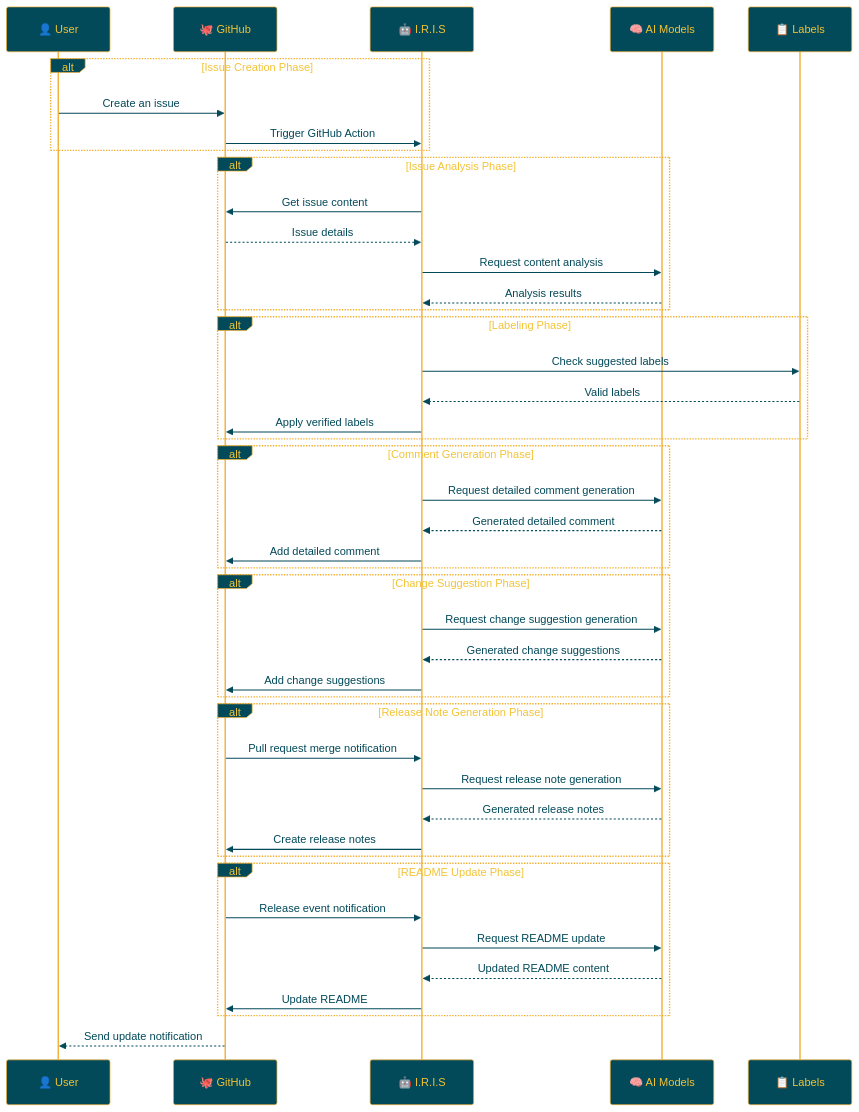
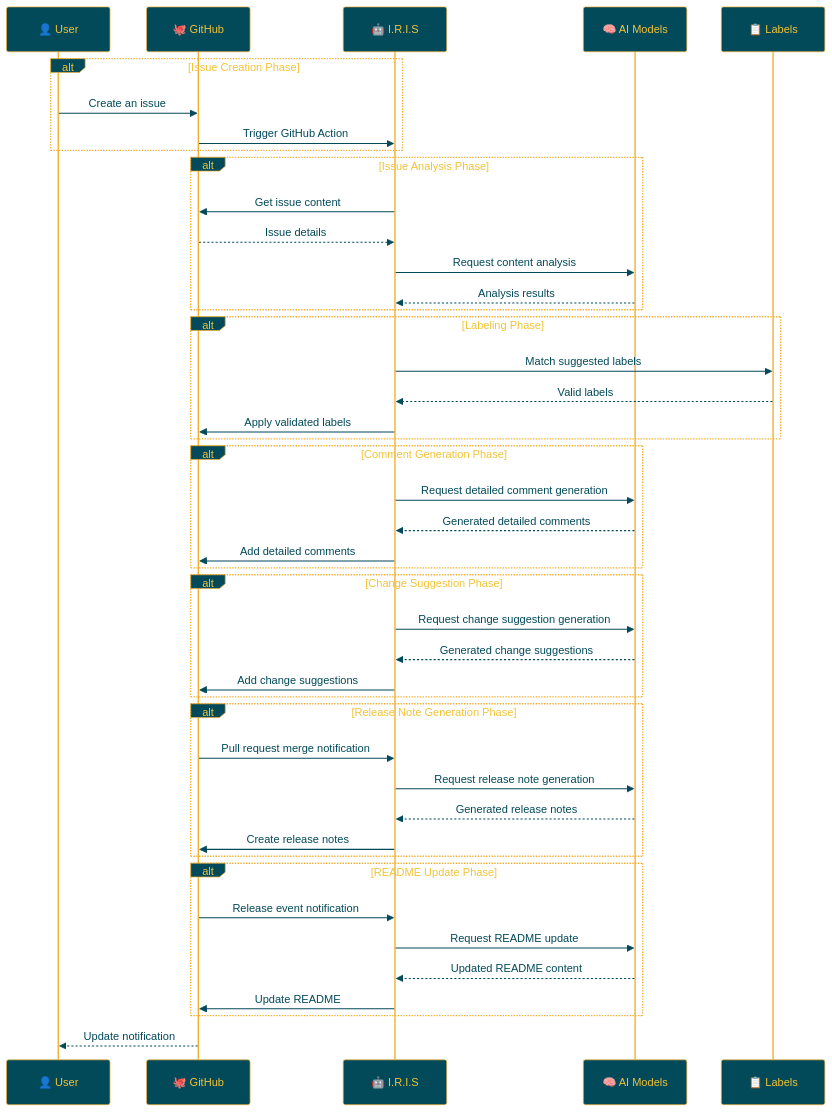
Before and after one commit to Sunwood-ai-labs/IRIS: the first of 2 diagrams in docs/README.en.md, drawn with Mermaid. The commit also changed other lines of this file, not shown here.

````diff
--- a/docs/README.en.md
+++ b/docs/README.en.md
@@ -131,56 +132,56 @@
 ```mermaid
 %%{init:{'theme':'base','themeVariables':{'primaryColor':'#024959','primaryTextColor':'#F2C335','primaryBorderColor':'#F2AE30','lineColor':'#A1A2A6','secondaryColor':'#593E25','tertiaryColor':'#F2C335','noteTextColor':'#024959','noteBkgColor':'#F2C335','textColor':'#024959','fontSize':'18px'}}}%%
 
 sequenceDiagram
     participant User as 👤 User
     participant GitHub as 🐙 GitHub
     participant IRIS as 🤖 I.R.I.S
     participant AI as 🧠 AI Models
     participant Labels as 📋 Labels
 
     alt Issue Creation Phase
         User->>GitHub: Create an issue
         GitHub->>IRIS: Trigger GitHub Action
     end
 
     alt Issue Analysis Phase
         IRIS->>GitHub: Get issue content
         GitHub-->>IRIS: Issue details
         IRIS->>AI: Request content analysis
         AI-->>IRIS: Analysis results
     end
 
     alt Labeling Phase
-        IRIS->>Labels: Check suggested labels
+        IRIS->>Labels: Match suggested labels
         Labels-->>IRIS: Valid labels
-        IRIS->>GitHub: Apply verified labels
+        IRIS->>GitHub: Apply validated labels
     end
 
     alt Comment Generation Phase
         IRIS->>AI: Request detailed comment generation
-        AI-->>IRIS: Generated detailed comment
-        IRIS->>GitHub: Add detailed comment
+        AI-->>IRIS: Generated detailed comments
+        IRIS->>GitHub: Add detailed comments
     end
 
     alt Change Suggestion Phase
         IRIS->>AI: Request change suggestion generation
         AI-->>IRIS: Generated change suggestions
         IRIS->>GitHub: Add change suggestions
     end
 
     alt Release Note Generation Phase
         GitHub->>IRIS: Pull request merge notification
         IRIS->>AI: Request release note generation
         AI-->>IRIS: Generated release notes
         IRIS->>GitHub: Create release notes
     end
 
     alt README Update Phase
         GitHub->>IRIS: Release event notification
         IRIS->>AI: Request README update
         AI-->>IRIS: Updated README content
         IRIS->>GitHub: Update README
     end
 
-    GitHub-->>User: Send update notification
+    GitHub-->>User: Update notification
 ```
````
